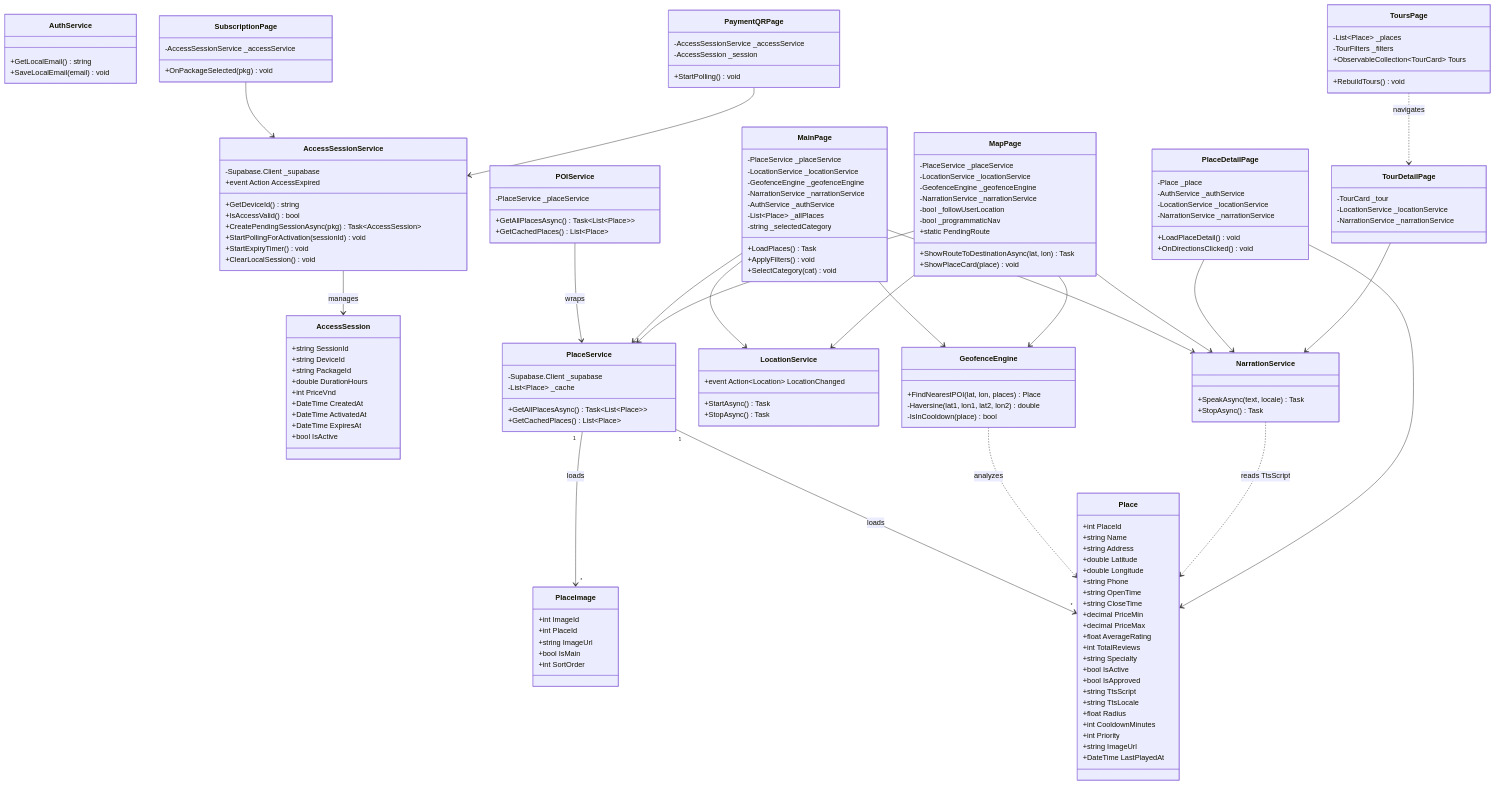
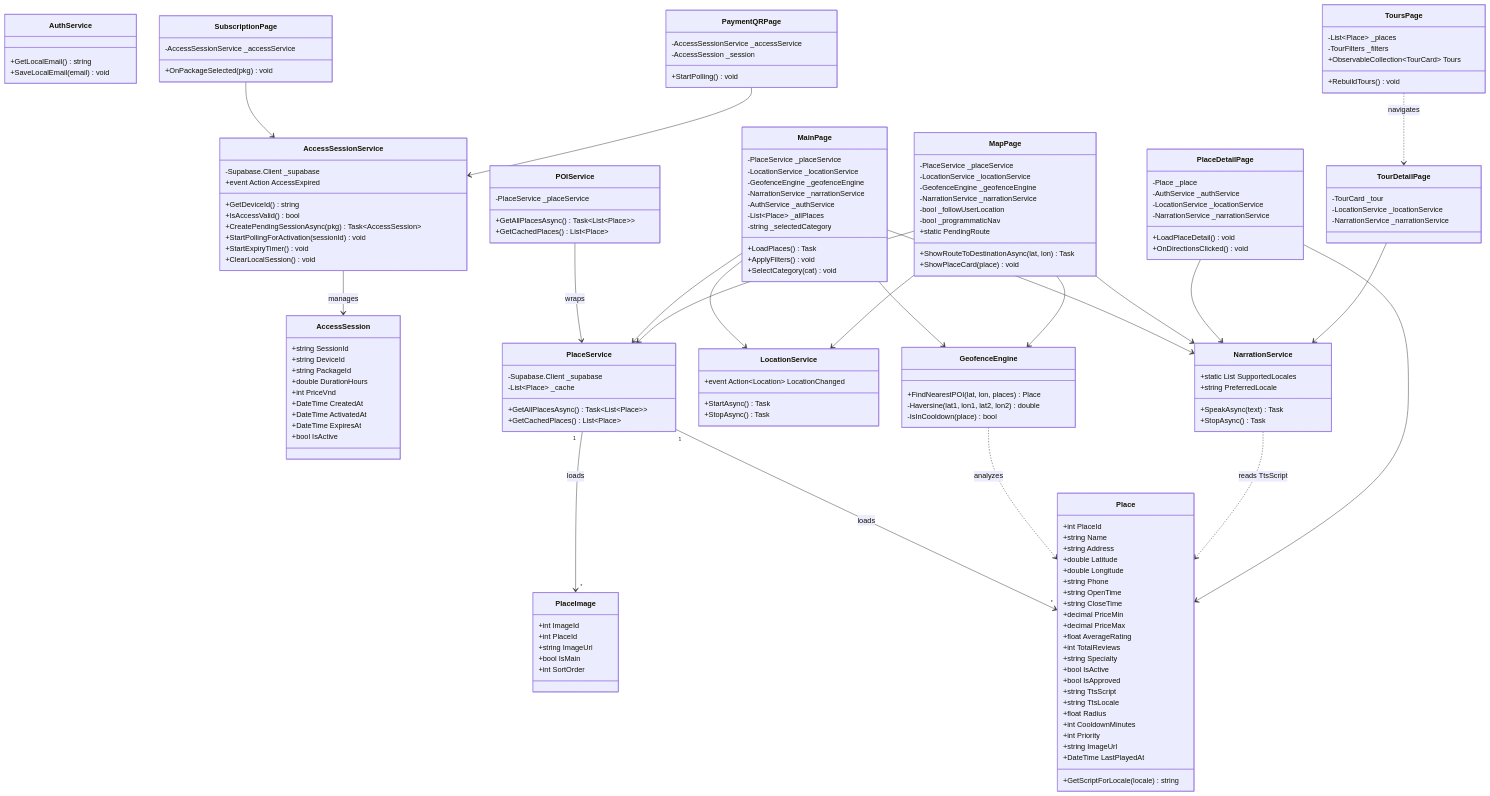
The third of 21 diagrams in PRD.md (MTai55/TourguideProjectApp), drawn with Mermaid before and after one commit. The commit also changed other lines of this file, not shown here.

Commit message:
diagrams

```diff
--- a/PRD.md
+++ b/PRD.md
@@ -704,6 +715,7 @@
         +int Priority
         +string ImageUrl
         +DateTime LastPlayedAt
+        +GetScriptForLocale(locale) string
     }
 
     class PlaceImage {
@@ -746,7 +758,9 @@
     }
 
     class NarrationService {
-        +SpeakAsync(text, locale) Task
+        +static List SupportedLocales
+        +string PreferredLocale
+        +SpeakAsync(text) Task
         +StopAsync() Task
     }
 
```
